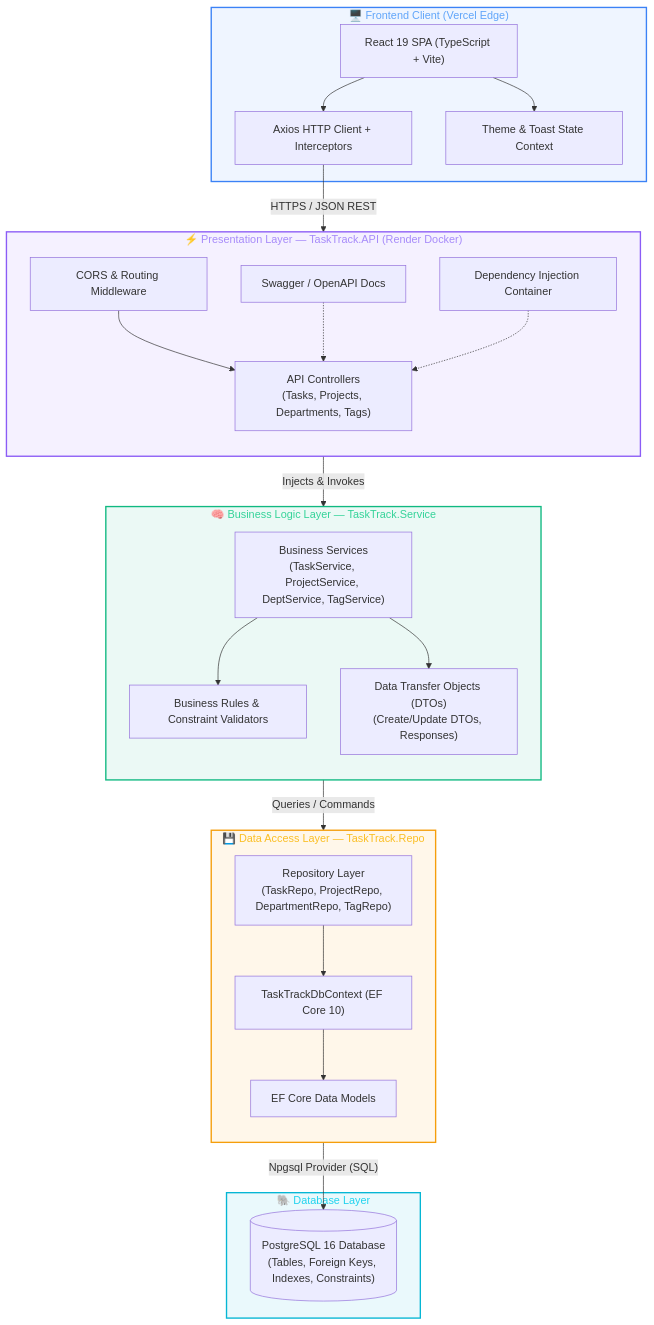
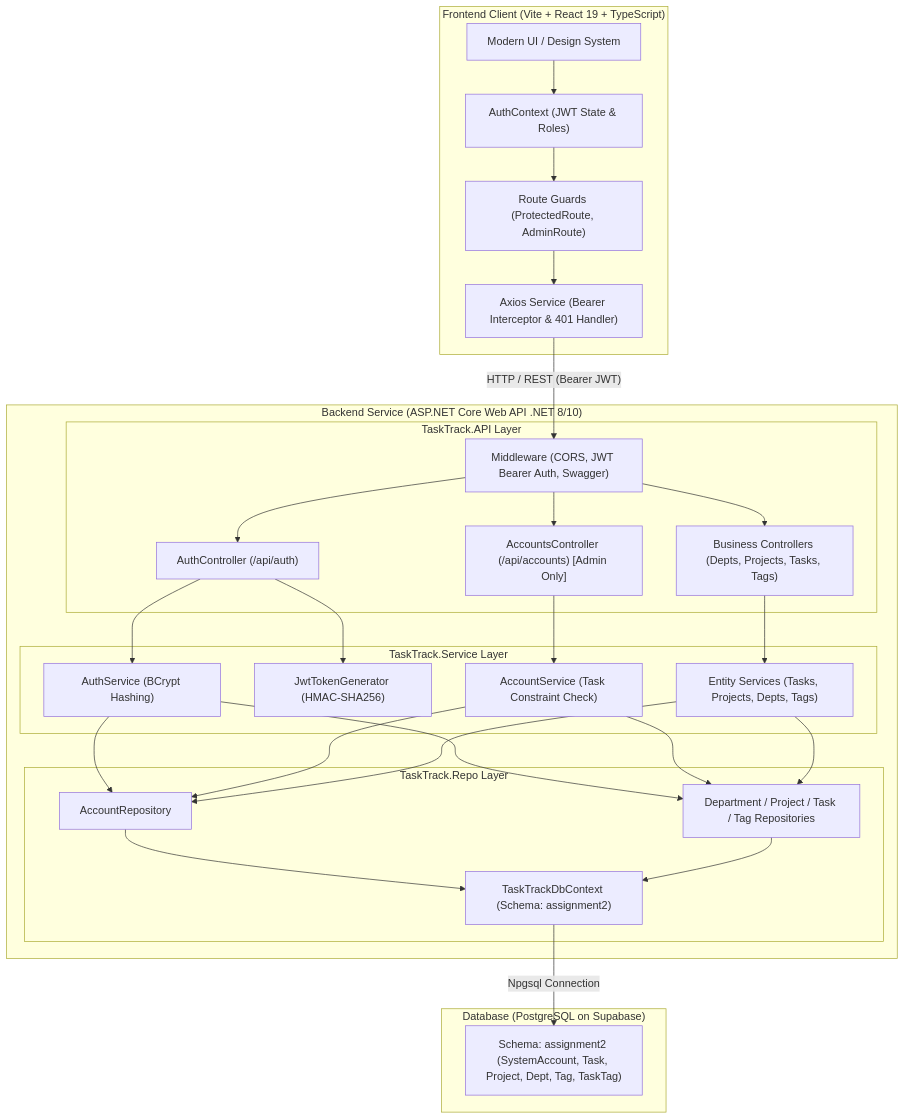
The second of 4 diagrams in README.md (TomOutfit/Assignment-2_PRN232_Fa26), drawn with Mermaid before and after one commit. The commit also changed other lines of this file and 4 other files, not shown here.

````diff
--- a/README.md
+++ b/README.md
@@ -125,60 +125,47 @@
 ```mermaid
-flowchart TD
-    subgraph ClientLayer["🖥️ Frontend Client (Vercel Edge)"]
-        UI["React 19 SPA (TypeScript + Vite)"]
-        Axios["Axios HTTP Client + Interceptors"]
-        Context["Theme & Toast State Context"]
-        UI --> Context
-        UI --> Axios
+graph TD
+    subgraph Client["Frontend Client (Vite + React 19 + TypeScript)"]
+        UI["Modern UI / Design System"]
+        AuthCtx["AuthContext (JWT State & Roles)"]
+        Guards["Route Guards (ProtectedRoute, AdminRoute)"]
+        AxiosInst["Axios Service (Bearer Interceptor & 401 Handler)"]
+        UI --> AuthCtx
+        AuthCtx --> Guards
+        Guards --> AxiosInst
     end
 
-    subgraph APILayer["⚡ Presentation Layer — TaskTrack.API (Render Docker)"]
-        direction TB
-        CORS["CORS & Routing Middleware"]
-        Swagger["Swagger / OpenAPI Docs"]
-        Controllers["API Controllers\n(Tasks, Projects, Departments, Tags)"]
-        DI["Dependency Injection Container"]
-        CORS --> Controllers
-        Swagger -.-> Controllers
-        DI -.-> Controllers
+    subgraph Backend["Backend Service (ASP.NET Core Web API .NET 8/10)"]
+        subgraph API["TaskTrack.API Layer"]
+            MW["Middleware (CORS, JWT Bearer Auth, Swagger)"]
+            AuthCtrl["AuthController (/api/auth)"]
+            AccCtrl["AccountsController (/api/accounts) [Admin Only]"]
+            BizCtrl["Business Controllers (Depts, Projects, Tasks, Tags)"]
+        end
+
+        subgraph Service["TaskTrack.Service Layer"]
+            AuthSvc["AuthService (BCrypt Hashing)"]
+            JwtGen["JwtTokenGenerator (HMAC-SHA256)"]
+            AccSvc["AccountService (Task Constraint Check)"]
+            BizSvc["Entity Services (Tasks, Projects, Depts, Tags)"]
+        end
+
+        subgraph Repo["TaskTrack.Repo Layer"]
+            EF["TaskTrackDbContext (Schema: assignment2)"]
+            AccRepo["AccountRepository"]
+            BizRepo["Department / Project / Task / Tag Repositories"]
+        end
     end
 
-    subgraph ServiceLayer["🧠 Business Logic Layer — TaskTrack.Service"]
-        direction TB
-        Services["Business Services\n(TaskService, ProjectService, DeptService, TagService)"]
-        DTOs["Data Transfer Objects (DTOs)\n(Create/Update DTOs, Responses)"]
-        Validators["Business Rules & Constraint Validators"]
-        Services --> Validators
-        Services --> DTOs
+    subgraph Database["Database (PostgreSQL on Supabase)"]
+        DB["Schema: assignment2 (SystemAccount, Task, Project, Dept, Tag, TaskTag)"]
     end
 
-    subgraph RepoLayer["💾 Data Access Layer — TaskTrack.Repo"]
-        direction TB
-        Repos["Repository Layer\n(TaskRepo, ProjectRepo, DepartmentRepo, TagRepo)"]
-        DbContext["TaskTrackDbContext (EF Core 10)"]
-        Models["EF Core Data Models"]
-        Repos --> DbContext
-        DbContext --> Models
-    end
-
-    subgraph DBLayer["🐘 Database Layer"]
-        Postgres[("PostgreSQL 16 Database\n(Tables, Foreign Keys, Indexes, Constraints)")]
-    end
-
-    Axios -- "HTTPS / JSON REST" --> CORS
-    Controllers -- "Injects & Invokes" --> Services
-    Services -- "Queries / Commands" --> Repos
-    DbContext -- "Npgsql Provider (SQL)" --> Postgres
-
-    classDef client fill:#3b82f615,stroke:#3b82f6,stroke-width:2px,color:#60a5fa;
-    classDef api fill:#8b5cf615,stroke:#8b5cf6,stroke-width:2px,color:#a78bfa;
-    classDef service fill:#10b98115,stroke:#10b981,stroke-width:2px,color:#34d399;
-    classDef repo fill:#f59e0b15,stroke:#f59e0b,stroke-width:2px,color:#fbbf24;
-    classDef db fill:#06b6d415,stroke:#06b6d4,stroke-width:2px,color:#22d3ee;
-
-    class ClientLayer client;
-    class APILayer api;
-    class ServiceLayer service;
-    class RepoLayer repo;
-    class DBLayer db;
+    AxiosInst -- "HTTP / REST (Bearer JWT)" --> MW
+    MW --> AuthCtrl & AccCtrl & BizCtrl
+    AuthCtrl --> AuthSvc & JwtGen
+    AccCtrl --> AccSvc
+    BizCtrl --> BizSvc
+    AuthSvc & AccSvc & BizSvc --> AccRepo & BizRepo
+    AccRepo & BizRepo --> EF
+    EF -- "Npgsql Connection" --> DB
 ```
````
